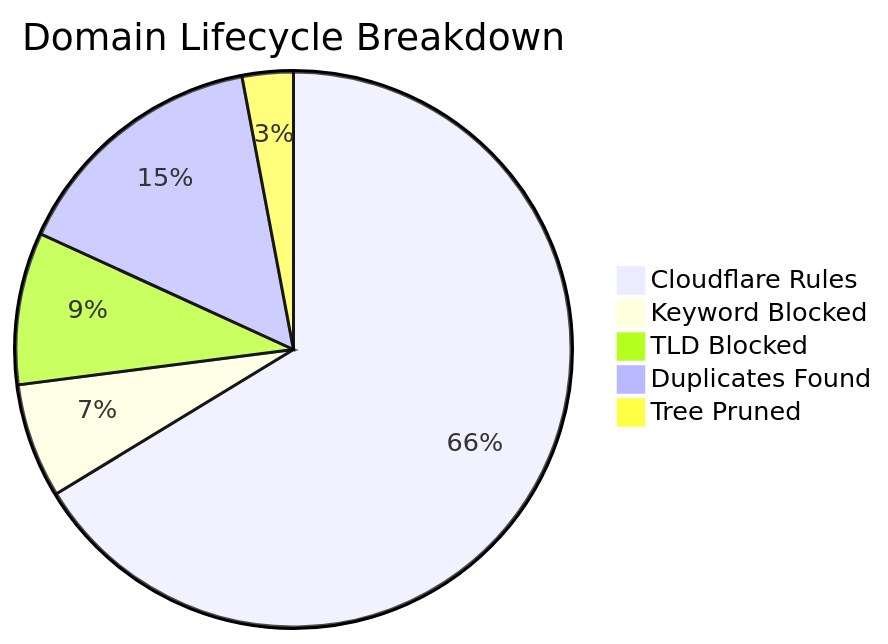
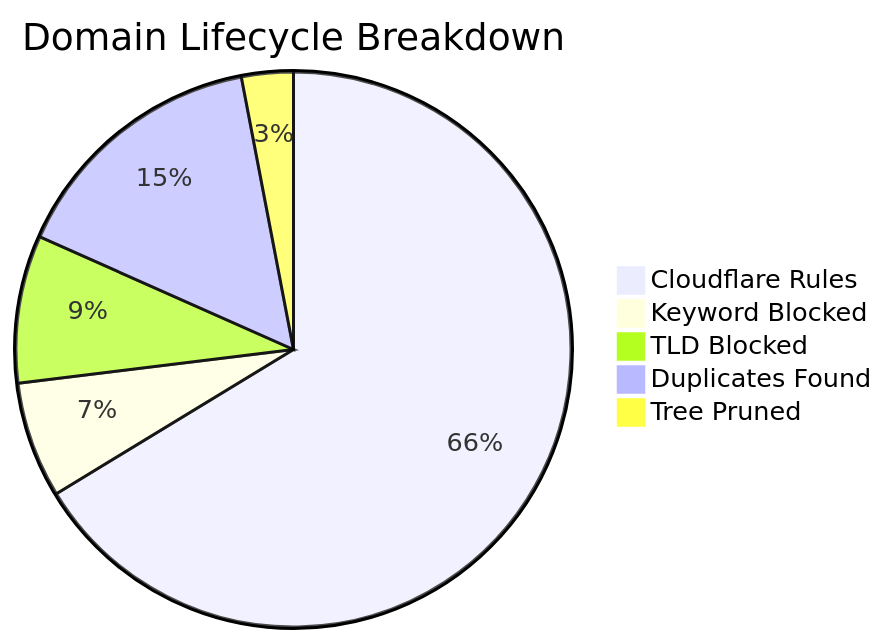
Before and after one commit to brojangles24/Cloudflare-ZeroTrust-AdBlock: the diagram in README_STATS.md, drawn with Mermaid. The commit also changed other lines of this file and 1 other file, not shown here.

````diff
--- a/README_STATS.md
+++ b/README_STATS.md
@@ -5,8 +5,8 @@
 ```mermaid
 pie title Domain Lifecycle Breakdown
-    "Cloudflare Rules" : 274734
-    "Keyword Blocked" : 27636
-    "TLD Blocked" : 36712
-    "Duplicates Found" : 63006
-    "Tree Pruned" : 12313
+    "Cloudflare Rules" : 271023
+    "Keyword Blocked" : 27626
+    "TLD Blocked" : 35121
+    "Duplicates Found" : 62688
+    "Tree Pruned" : 12307
 ```
````
